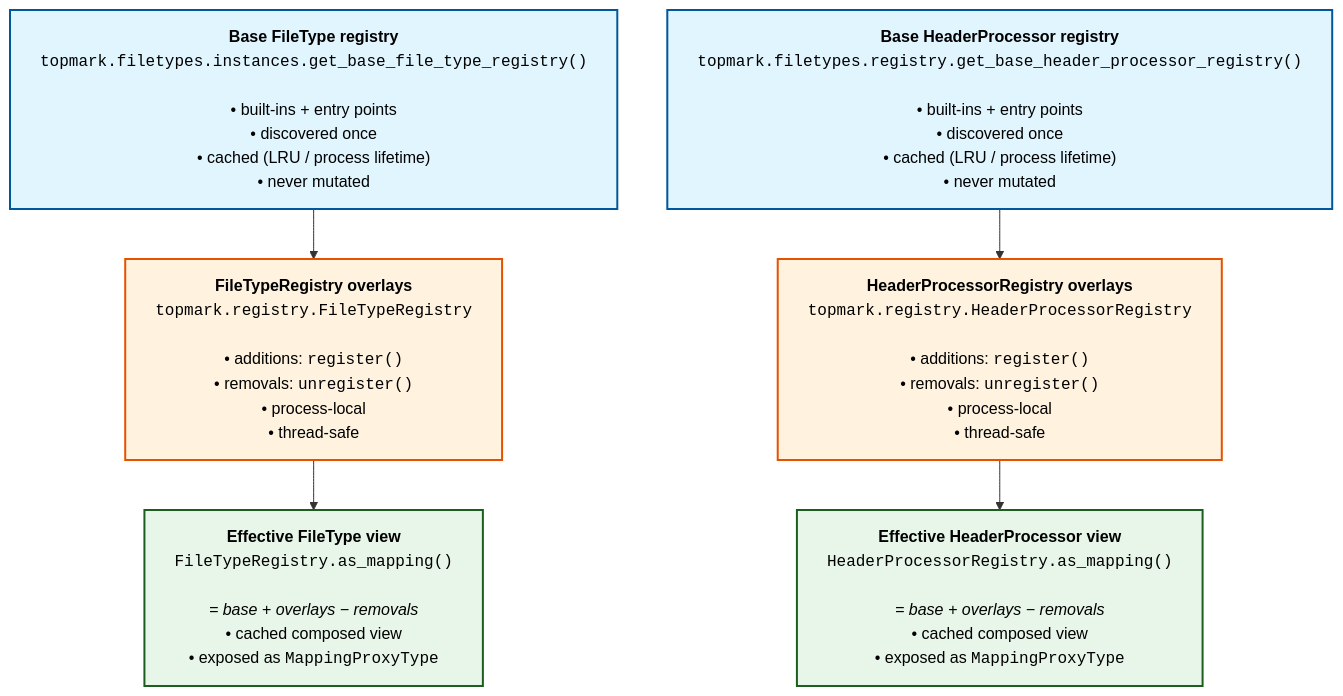
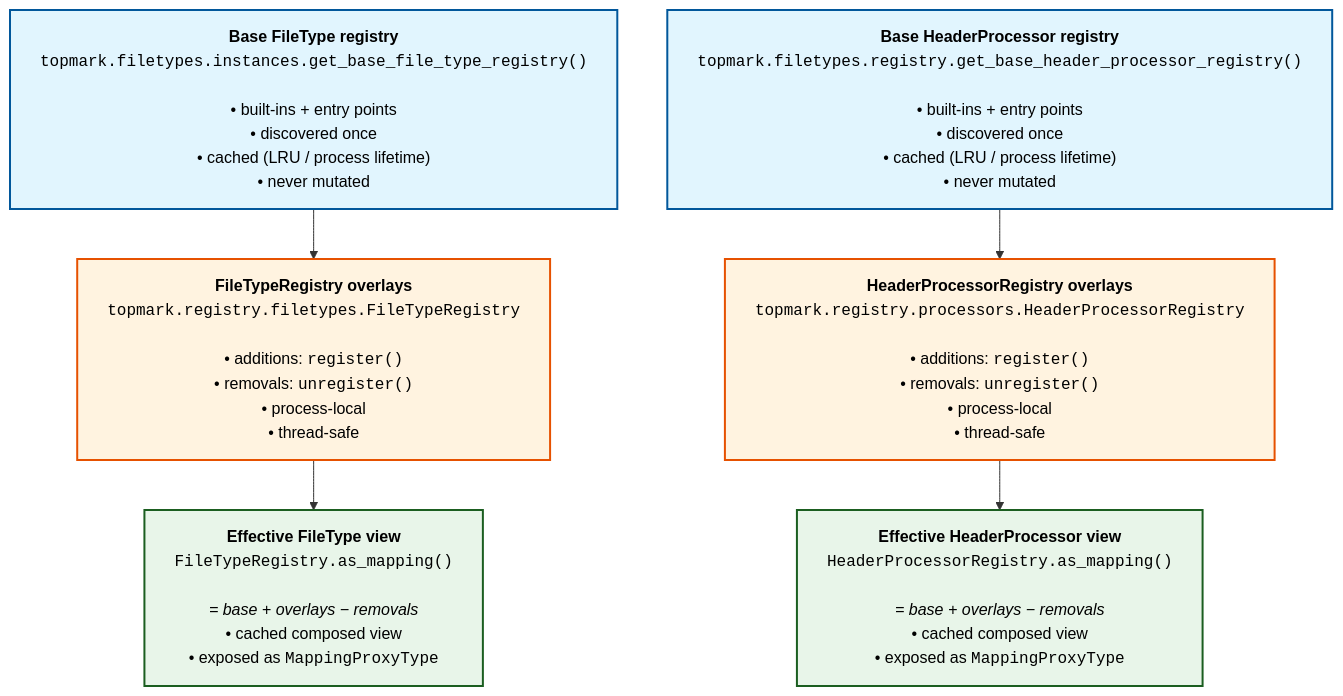
The first of 2 diagrams in docs/dev/architecture.md (shutterfreak/topmark), drawn with Mermaid before and after one commit. The commit also changed other lines of this file and 92 other files, not shown here.

````diff
--- a/docs/dev/architecture.md
+++ b/docs/dev/architecture.md
@@ -64,28 +64,28 @@
 ```mermaid
 graph TD
     %% Base registries (built-ins + entry points)
     BFT["<b>Base FileType registry</b><br/><code>topmark.filetypes.instances.get_base_file_type_registry()</code><br/><br/>• built-ins + entry points<br/>• discovered once<br/>• cached (LRU / process lifetime)<br/>• never mutated"]
     BHP["<b>Base HeaderProcessor registry</b><br/><code>topmark.filetypes.registry.get_base_header_processor_registry()</code><br/><br/>• built-ins + entry points<br/>• discovered once<br/>• cached (LRU / process lifetime)<br/>• never mutated"]
 
     %% Overlay state (process-local)
-    OFT["<b>FileTypeRegistry overlays</b><br/><code>topmark.registry.FileTypeRegistry</code><br/><br/>• additions: <code>register()</code><br/>• removals: <code>unregister()</code><br/>• process-local<br/>• thread-safe"]
-    OHP["<b>HeaderProcessorRegistry overlays</b><br/><code>topmark.registry.HeaderProcessorRegistry</code><br/><br/>• additions: <code>register()</code><br/>• removals: <code>unregister()</code><br/>• process-local<br/>• thread-safe"]
+    OFT["<b>FileTypeRegistry overlays</b><br/><code>topmark.registry.filetypes.FileTypeRegistry</code><br/><br/>• additions: <code>register()</code><br/>• removals: <code>unregister()</code><br/>• process-local<br/>• thread-safe"]
+    OHP["<b>HeaderProcessorRegistry overlays</b><br/><code>topmark.registry.processors.HeaderProcessorRegistry</code><br/><br/>• additions: <code>register()</code><br/>• removals: <code>unregister()</code><br/>• process-local<br/>• thread-safe"]
 
     %% Composed effective views
     EFT["<b>Effective FileType view</b><br/><code>FileTypeRegistry.as_mapping()</code><br/><br/><i>= base + overlays − removals</i><br/>• cached composed view<br/>• exposed as <code>MappingProxyType</code>"]
     EHP["<b>Effective HeaderProcessor view</b><br/><code>HeaderProcessorRegistry.as_mapping()</code><br/><br/><i>= base + overlays − removals</i><br/>• cached composed view<br/>• exposed as <code>MappingProxyType</code>"]
 
     %% Composition flow
     BFT --> OFT
     BHP --> OHP
     OFT --> EFT
     OHP --> EHP
 
     classDef base fill:#e1f5fe,stroke:#01579b,stroke-width:2px,color:#000;
     classDef overlay fill:#fff3e0,stroke:#e65100,stroke-width:2px,color:#000;
     classDef view fill:#e8f5e9,stroke:#1b5e20,stroke-width:2px,color:#000;
 
     class BFT,BHP base;
     class OFT,OHP overlay;
     class EFT,EHP view;
 ```
````
